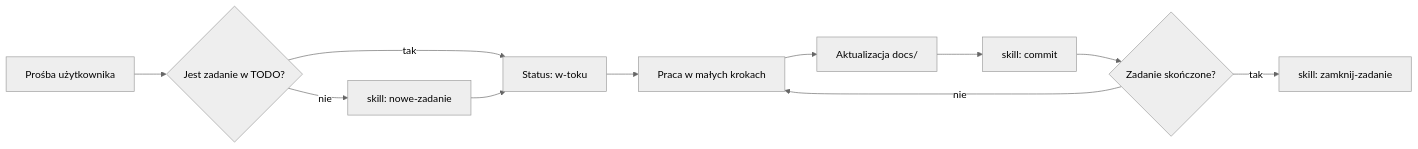
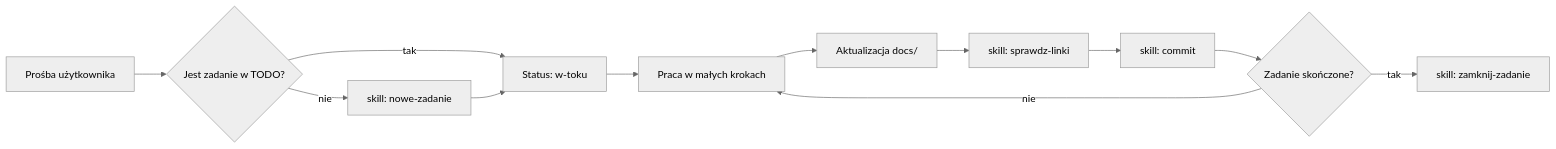
Before and after one commit to DragonKing026/DK-Tracker-Linux: the diagram in AGENTS.md, drawn with Mermaid (neutral theme). The commit also changed other lines of this file, not shown here.

Commit message:
docs: linki markdown zamiast wikilinków — AGENTS

````diff
--- a/AGENTS.md
+++ b/AGENTS.md
@@ -98,13 +103,14 @@
 ```mermaid
 flowchart LR
     A[Prośba użytkownika] --> B{Jest zadanie w TODO?}
     B -- nie --> C[skill: nowe-zadanie]
     B -- tak --> D[Status: w-toku]
     C --> D
     D --> E[Praca w małych krokach]
     E --> F[Aktualizacja docs/]
-    F --> G[skill: commit]
+    F --> L[skill: sprawdz-linki]
+    L --> G[skill: commit]
     G --> H{Zadanie skończone?}
     H -- nie --> E
     H -- tak --> I[skill: zamknij-zadanie]
 ```
````
